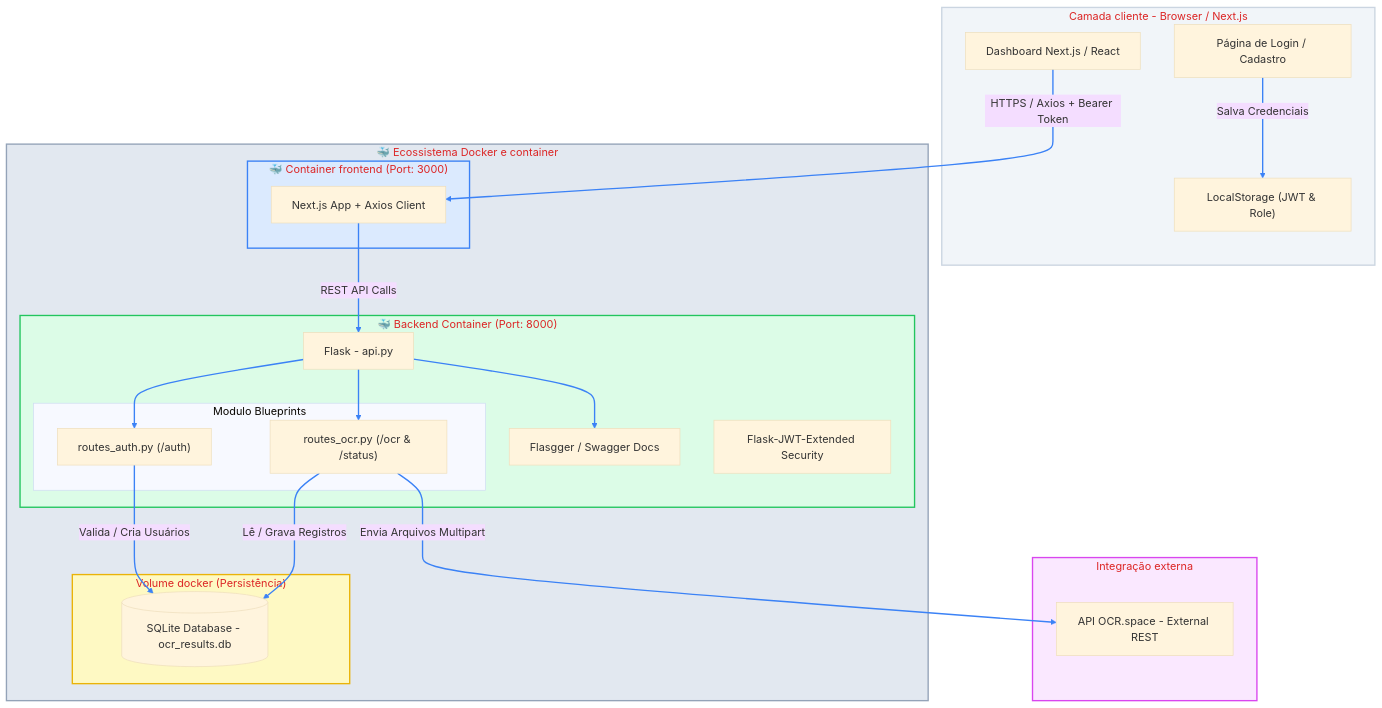
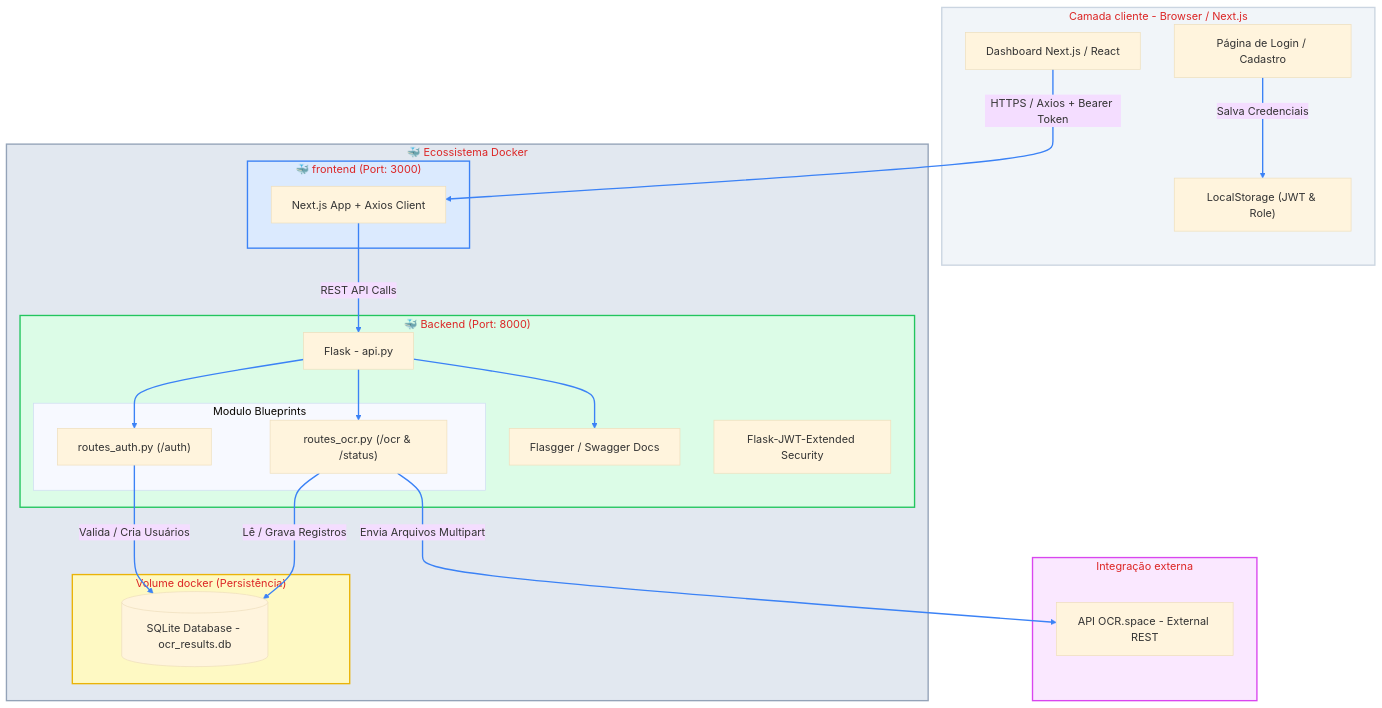
The diagram in README.md (7silasmelo7/frontendocr), drawn with Mermaid (base theme) before and after one commit.

````diff
--- a/README.md
+++ b/README.md
@@ -76,62 +76,62 @@
 ```mermaid
 graph TD
     %% Camada de Cliente / Frontend
     subgraph Client ["Camada cliente - Browser / Next.js"]
         UI["Dashboard Next.js / React"]
         AuthUI["Página de Login / Cadastro"]
         Store["LocalStorage (JWT & Role)"]
     end
 
     %% Ecossistema Docker
-    subgraph Docker ["🐳 Ecossistema Docker e container "]
+    subgraph Docker ["🐳 Ecossistema Docker"]
         
-        subgraph FE_Container ["🐳 Container frontend (Port: 3000)"]
+        subgraph FE_Container ["🐳 frontend (Port: 3000)"]
             NextApp["Next.js App + Axios Client"]
         end
 
-        subgraph BE_Container ["🐳 Backend Container (Port: 8000)"]
+        subgraph BE_Container ["🐳 Backend (Port: 8000)"]
             FlaskCore["Flask - api.py"]
             SwaggerUI["Flasgger / Swagger Docs"]
             
             subgraph Blueprints ["Modulo Blueprints"]
                 AuthBP["routes_auth.py (/auth)"]
                 OcrBP["routes_ocr.py (/ocr & /status)"]
             end
             
             JWT["Flask-JWT-Extended Security"]
         end
 
         subgraph Volume ["Volume docker (Persistência)"]
             DB[(SQLite Database - ocr_results.db)]
         end
     end
 
     %% Integração Externa
     subgraph External ["Integração externa"]
         OCRAPI["API OCR.space - External REST"]
     end
 
     %% Conexões e Fluxos
     UI -->|HTTPS / Axios + Bearer Token| NextApp
     AuthUI -->|Salva Credenciais| Store
     NextApp -->|REST API Calls| FlaskCore
     
     FlaskCore --> AuthBP
     FlaskCore --> OcrBP
     FlaskCore --> SwaggerUI
     
     AuthBP -->|Valida / Cria Usuários| DB
     OcrBP -->|Lê / Grava Registros| DB
     OcrBP -->|Envia Arquivos Multipart| OCRAPI
 
     %% Estilização aplicada (caixas e textos em vermelho)
     style Client fill:#f1f5f9,stroke:#cbd5e1,stroke-width:2px,color:#dc2626
     style Docker fill:#e2e8f0,stroke:#94a3b8,stroke-width:2px,color:#dc2626
     style FE_Container fill:#dbeafe,stroke:#3b82f6,stroke-width:2px,color:#dc2626
     style BE_Container fill:#dcfce7,stroke:#22c55e,stroke-width:2px,color:#dc2626
     style Volume fill:#fef9c3,stroke:#eab308,stroke-width:2px,color:#dc2626
     style External fill:#fae8ff,stroke:#d946ef,stroke-width:2px,color:#dc2626
 
     %% Estilização das setas (Azul)
     linkStyle 0,1,2,3,4,5,6,7,8 stroke:#3b82f6,stroke-width:2px;
 ```
````
